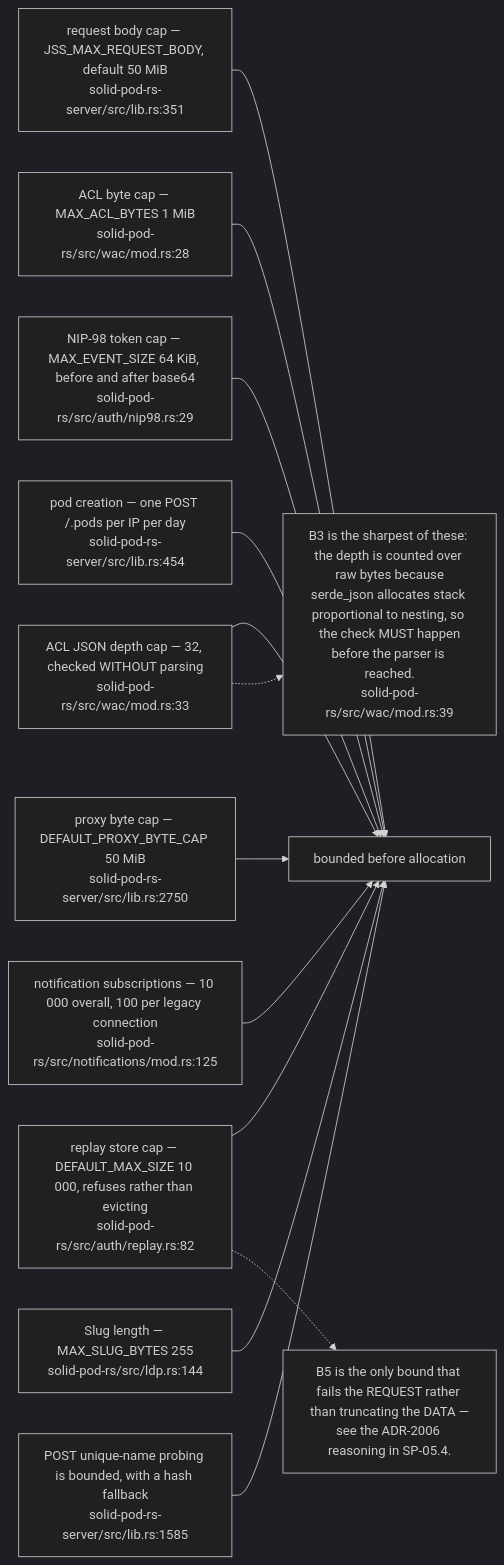
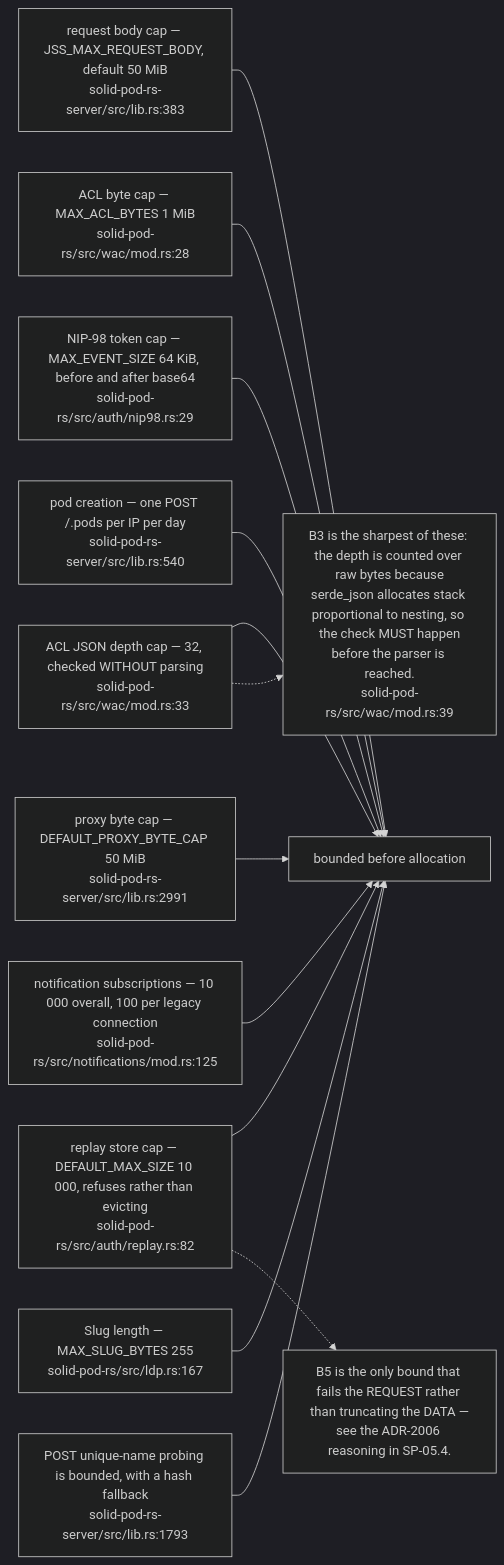
One commit to DreamLab-AI/VisionFlow changed the tenth of 12 diagrams in docs/diagrams/solid-pod-rs/10-failure-modes-and-invariants.md. Above: the diagram before and after it, drawn with Mermaid (dark theme). The commit also changed other lines of this file and 160 other files, not shown here.

````diff
--- a/docs/diagrams/solid-pod-rs/10-failure-modes-and-invariants.md
+++ b/docs/diagrams/solid-pod-rs/10-failure-modes-and-invariants.md
@@ -274,29 +279,29 @@
 ```mermaid
 flowchart LR
-    B1["request body cap — JSS_MAX_REQUEST_BODY, default 50 MiB<br/>solid-pod-rs-server/src/lib.rs:351"]
+    B1["request body cap — JSS_MAX_REQUEST_BODY, default 50 MiB<br/>solid-pod-rs-server/src/lib.rs:383"]
     B2["ACL byte cap — MAX_ACL_BYTES 1 MiB<br/>solid-pod-rs/src/wac/mod.rs:28"]
     B3["ACL JSON depth cap — 32, checked WITHOUT parsing<br/>solid-pod-rs/src/wac/mod.rs:33"]
     B4["NIP-98 token cap — MAX_EVENT_SIZE 64 KiB, before and after base64<br/>solid-pod-rs/src/auth/nip98.rs:29"]
     B5["replay store cap — DEFAULT_MAX_SIZE 10 000, refuses rather than evicting<br/>solid-pod-rs/src/auth/replay.rs:82"]
-    B6["pod creation — one POST /.pods per IP per day<br/>solid-pod-rs-server/src/lib.rs:454"]
-    B7["proxy byte cap — DEFAULT_PROXY_BYTE_CAP 50 MiB<br/>solid-pod-rs-server/src/lib.rs:2750"]
+    B6["pod creation — one POST /.pods per IP per day<br/>solid-pod-rs-server/src/lib.rs:540"]
+    B7["proxy byte cap — DEFAULT_PROXY_BYTE_CAP 50 MiB<br/>solid-pod-rs-server/src/lib.rs:2991"]
     B8["notification subscriptions — 10 000 overall, 100 per legacy connection<br/>solid-pod-rs/src/notifications/mod.rs:125"]
-    B9["Slug length — MAX_SLUG_BYTES 255<br/>solid-pod-rs/src/ldp.rs:144"]
-    B10["POST unique-name probing is bounded, with a hash fallback<br/>solid-pod-rs-server/src/lib.rs:1585"]
+    B9["Slug length — MAX_SLUG_BYTES 255<br/>solid-pod-rs/src/ldp.rs:167"]
+    B10["POST unique-name probing is bounded, with a hash fallback<br/>solid-pod-rs-server/src/lib.rs:1793"]
 
     B1 --> D["bounded before allocation"]
     B2 --> D
     B3 --> D
     B4 --> D
     B5 --> D
     B6 --> D
     B7 --> D
     B8 --> D
     B9 --> D
     B10 --> D
 
     N["B3 is the sharpest of these: the depth is counted over raw bytes because<br/>serde_json allocates stack proportional to nesting, so the check MUST happen<br/>before the parser is reached.<br/>solid-pod-rs/src/wac/mod.rs:39"]
     B3 -.-> N
     N2["B5 is the only bound that fails the REQUEST rather than truncating the DATA —<br/>see the ADR-2006 reasoning in SP-05.4."]
     B5 -.-> N2
 ```
````
